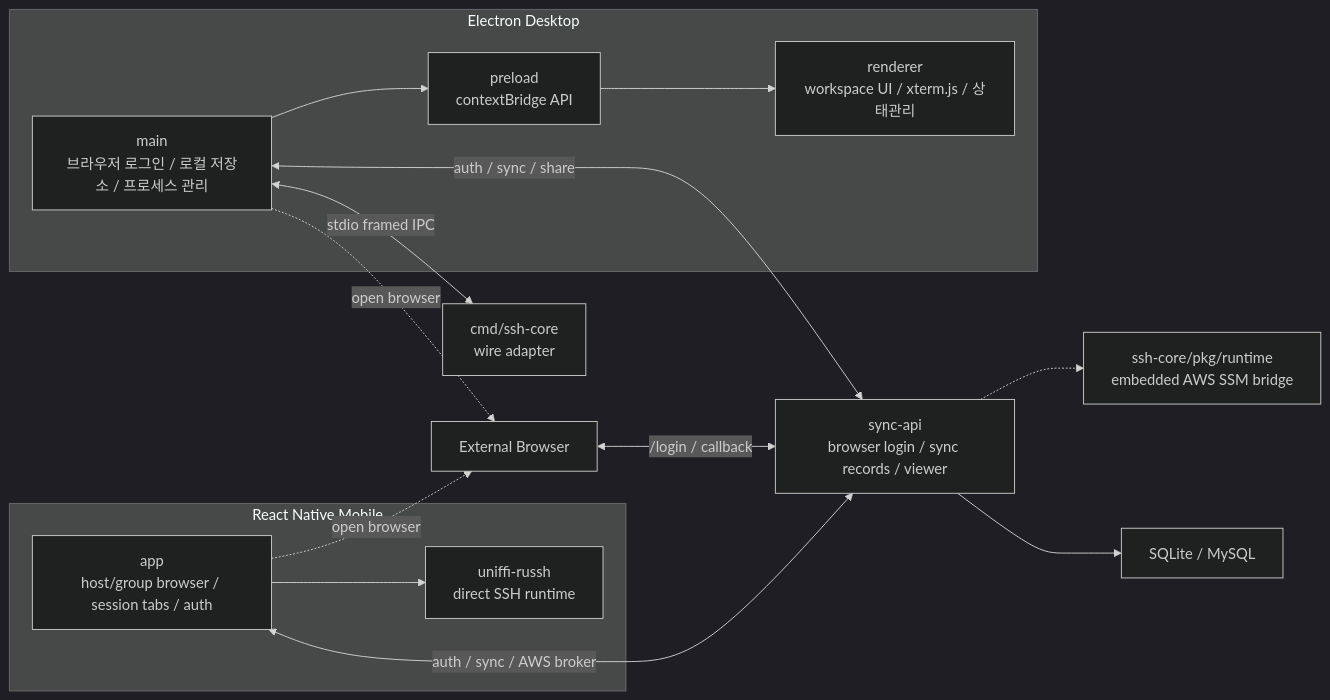
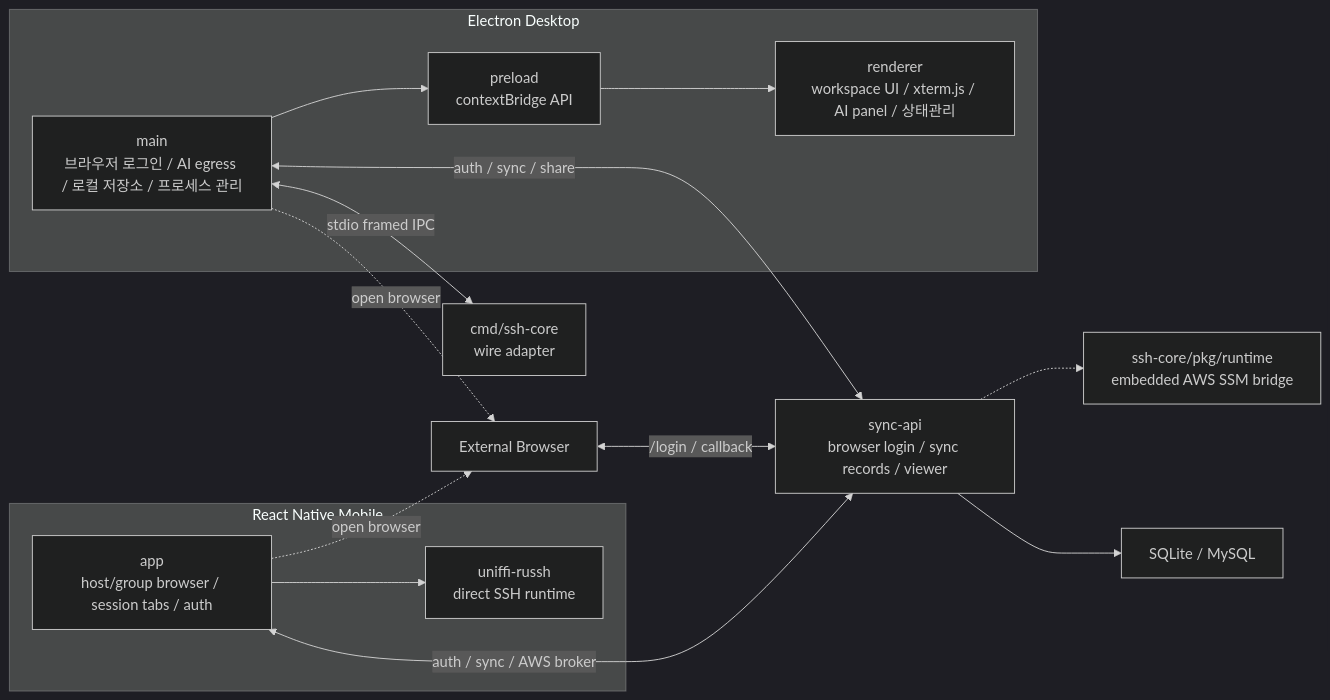
One commit to doldolma/Dolgate changed the diagram in docs/architecture.md. Above: the diagram before and after it, drawn with Mermaid (dark theme). The commit also changed other lines of this file and 67 other files, not shown here.

````diff
--- a/docs/architecture.md
+++ b/docs/architecture.md
@@ -12,22 +12,22 @@
 ```mermaid
 flowchart LR
   subgraph Desktop["Electron Desktop"]
-    Main["main<br/>브라우저 로그인 / 로컬 저장소 / 프로세스 관리"]
+    Main["main<br/>브라우저 로그인 / AI egress / 로컬 저장소 / 프로세스 관리"]
     Preload["preload<br/>contextBridge API"]
-    Renderer["renderer<br/>workspace UI / xterm.js / 상태관리"]
+    Renderer["renderer<br/>workspace UI / xterm.js / AI panel / 상태관리"]
     Main --> Preload --> Renderer
   end
   subgraph Mobile["React Native Mobile"]
     MobileApp["app<br/>host/group browser / session tabs / auth"]
     MobileSSH["uniffi-russh<br/>direct SSH runtime"]
     MobileApp --> MobileSSH
   end
   Main <-->|"stdio framed IPC"| CoreCmd["cmd/ssh-core<br/>wire adapter"]
   Main <-->|"auth / sync / share"| Sync["sync-api<br/>browser login / sync records / viewer"]
   MobileApp <-->|"auth / sync / AWS broker"| Sync
   Sync -.-> CoreLib["ssh-core/pkg/runtime<br/>embedded AWS SSM bridge"]
   Sync --> DB["SQLite / MySQL"]
   Browser["External Browser"] <-->|"/login / callback"| Sync
   Main -. "open browser" .-> Browser
   MobileApp -. "open browser" .-> Browser
 ```
````
